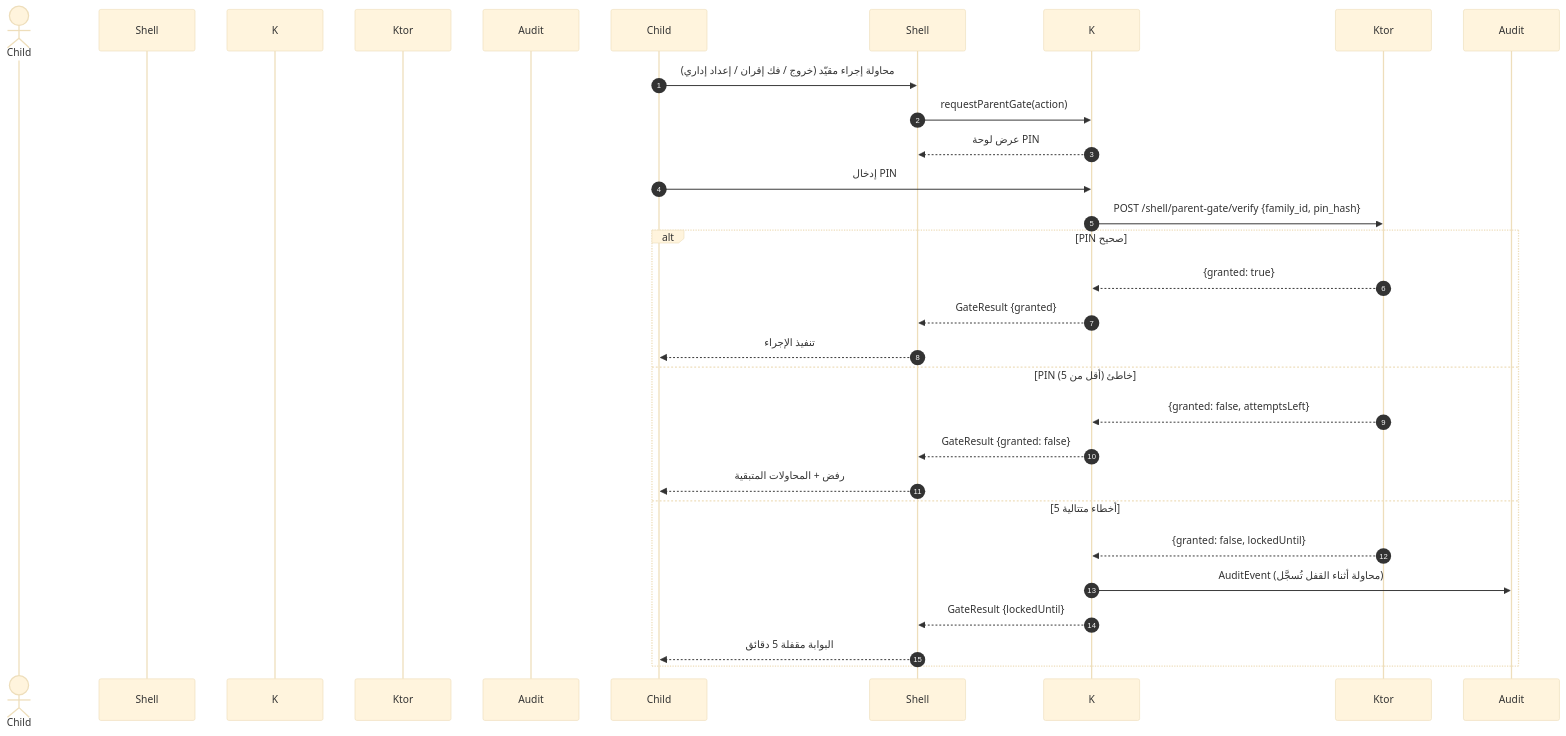
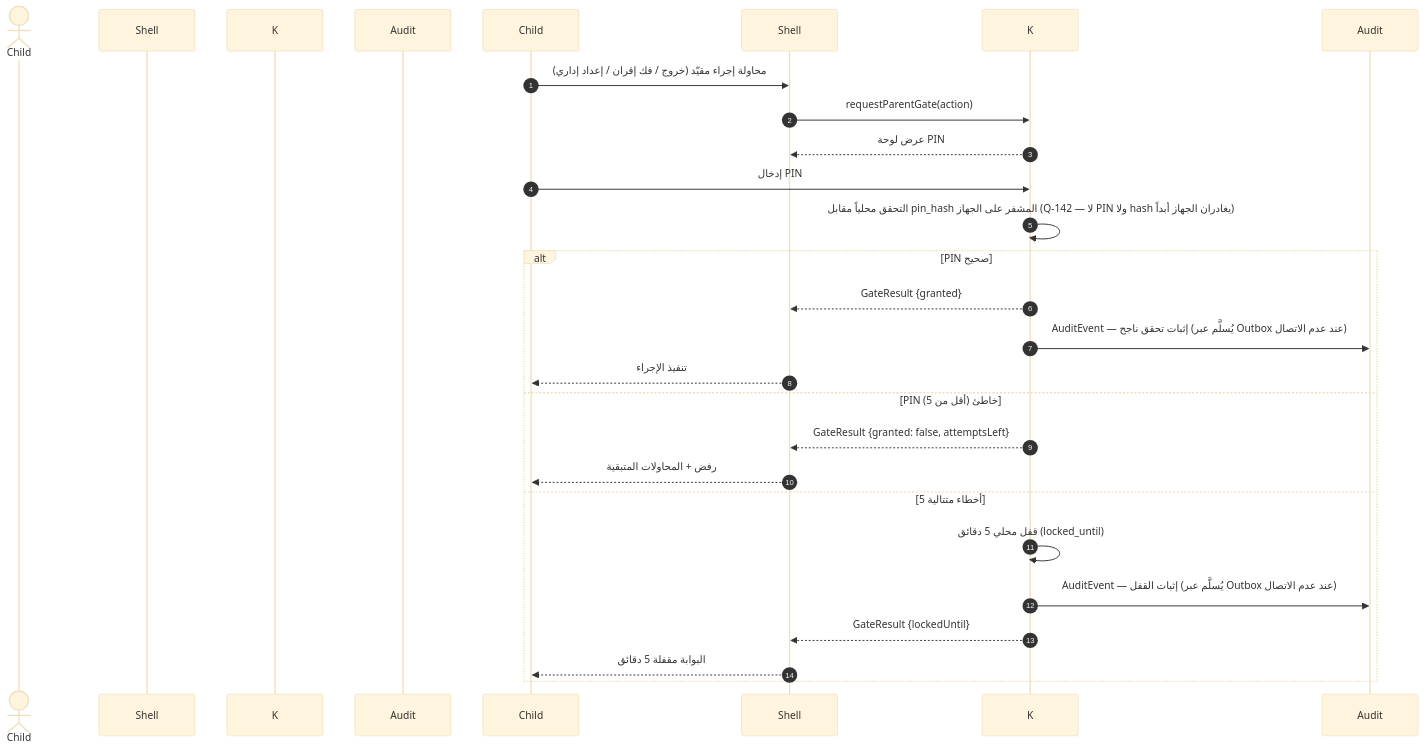
The fourth of 9 diagrams in docs/family-os/governance/phases/phase-1/S1-01-app-shell-and-platform/DIAGRAMS.md (Bassam-mohammed-alqaeadi/family-os-v2), drawn with Mermaid (base theme) before and after one commit. The commit also changed other lines of this file and 34 other files, not shown here.

````diff
--- a/docs/family-os/governance/phases/phase-1/S1-01-app-shell-and-platform/DIAGRAMS.md
+++ b/docs/family-os/governance/phases/phase-1/S1-01-app-shell-and-platform/DIAGRAMS.md
@@ -160,28 +161,26 @@
 ```mermaid
 sequenceDiagram
     autonumber
     actor الطفل as Child
     participant الغلاف as Shell
     participant Kotlin as K
-    participant الخادم as Ktor
     participant التدقيق as Audit
     Child->>Shell: محاولة إجراء مقيّد (خروج / فك إقران / إعداد إداري)
     Shell->>K: requestParentGate(action)
     K-->>Shell: عرض لوحة PIN
     Child->>K: إدخال PIN
-    K->>Ktor: POST /shell/parent-gate/verify {family_id, pin_hash}
+    K->>K: التحقق محلياً مقابل pin_hash المشفر على الجهاز (Q-142 — لا PIN ولا hash يغادران الجهاز أبداً)
     alt PIN صحيح
-        Ktor-->>K: {granted: true}
         K-->>Shell: GateResult {granted}
+        K->>Audit: AuditEvent — إثبات تحقق ناجح (يُسلَّم عبر Outbox عند عدم الاتصال)
         Shell-->>Child: تنفيذ الإجراء
     else PIN خاطئ (أقل من 5)
-        Ktor-->>K: {granted: false, attemptsLeft}
-        K-->>Shell: GateResult {granted: false}
+        K-->>Shell: GateResult {granted: false, attemptsLeft}
         Shell-->>Child: رفض + المحاولات المتبقية
     else 5 أخطاء متتالية
-        Ktor-->>K: {granted: false, lockedUntil}
-        K->>Audit: AuditEvent (محاولة أثناء القفل تُسجَّل)
+        K->>K: قفل محلي 5 دقائق (locked_until)
+        K->>Audit: AuditEvent — إثبات القفل (يُسلَّم عبر Outbox عند عدم الاتصال)
         K-->>Shell: GateResult {lockedUntil}
         Shell-->>Child: البوابة مقفلة 5 دقائق
     end
 ```
````
